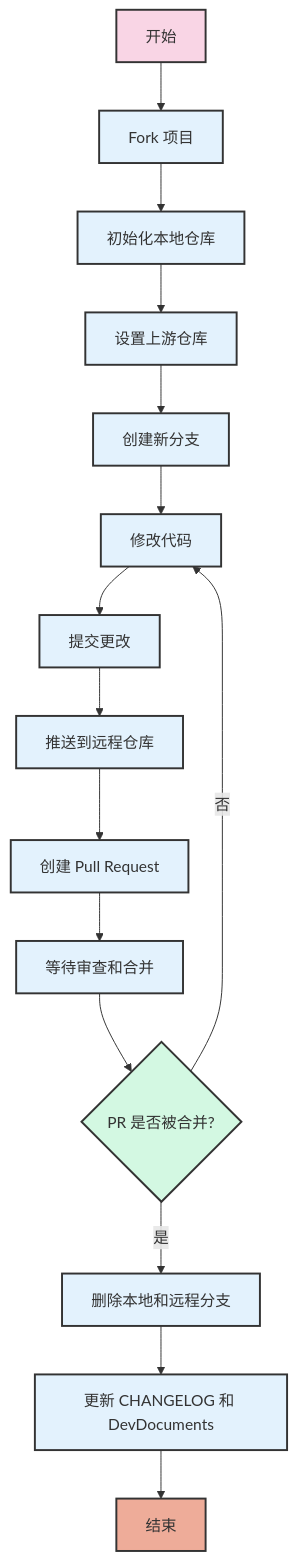
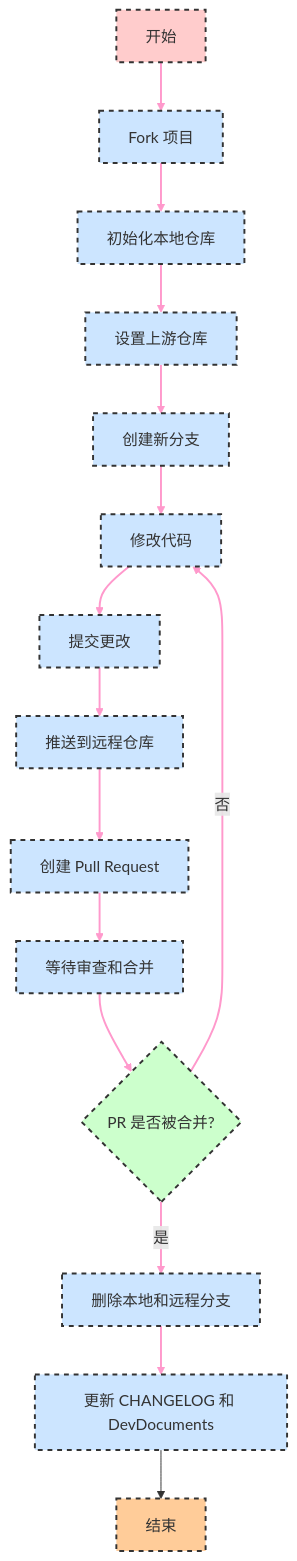
Before and after one commit to CrychicTeam/CrychicDoc: the diagram in docs/zh/modpack/doc/docDevelop.md, drawn with Mermaid. The commit also changed 1 other file, not shown here.

Commit message:
change private repo's name.

````diff
--- a/docs/zh/modpack/doc/docDevelop.md
+++ b/docs/zh/modpack/doc/docDevelop.md
@@ -94,24 +94,39 @@
 ```mermaid
 graph TD
     A[开始] --> B[Fork 项目]
     B --> C[初始化本地仓库]
     C --> D[设置上游仓库]
     D --> E[创建新分支]
     E --> F[修改代码]
     F --> G[提交更改]
     G --> H[推送到远程仓库]
     H --> I[创建 Pull Request]
     I --> J[等待审查和合并]
     J --> K{PR 是否被合并?}
     K -->|是| L[删除本地和远程分支]
     K -->|否| F
     L --> M[更新 CHANGELOG 和 DevDocuments]
     M --> N[结束]
 
-    style A fill:#f9d5e5,stroke:#333,stroke-width:2px
-    style N fill:#eeac99,stroke:#333,stroke-width:2px
-    style K fill:#d3f8e2,stroke:#333,stroke-width:2px
+    style A fill:#ffcccc,stroke:#333,stroke-width:2px,stroke-dasharray: 5 5
+    style N fill:#ffcc99,stroke:#333,stroke-width:2px,stroke-dasharray: 5 5
+    style K fill:#ccffcc,stroke:#333,stroke-width:2px,stroke-dasharray: 5 5
     
-    classDef process fill:#e3f2fd,stroke:#333,stroke-width:2px;
+    classDef process fill:#cce5ff,stroke:#333,stroke-width:2px,stroke-dasharray: 5 5;
     class B,C,D,E,F,G,H,I,J,L,M process;
+
+    linkStyle 0 stroke:#ff99cc,stroke-width:2px;
+    linkStyle 1 stroke:#ff99cc,stroke-width:2px;
+    linkStyle 2 stroke:#ff99cc,stroke-width:2px;
+    linkStyle 3 stroke:#ff99cc,stroke-width:2px;
+    linkStyle 4 stroke:#ff99cc,stroke-width:2px;
+    linkStyle 5 stroke:#ff99cc,stroke-width:2px;
+    linkStyle 6 stroke:#ff99cc,stroke-width:2px;
+    linkStyle 7 stroke:#ff99cc,stroke-width:2px;
+    linkStyle 8 stroke:#ff99cc,stroke-width:2px;
+    linkStyle 9 stroke:#ff99cc,stroke-width:2px;
+    linkStyle 10 stroke:#ff99cc,stroke-width:2px;
+    linkStyle 11 stroke:#ff99cc,stroke-width:2px;
+    linkStyle 12 stroke:#ff99cc,stroke-width:2px;
+
 ```
````
